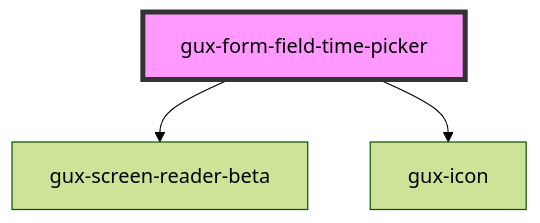
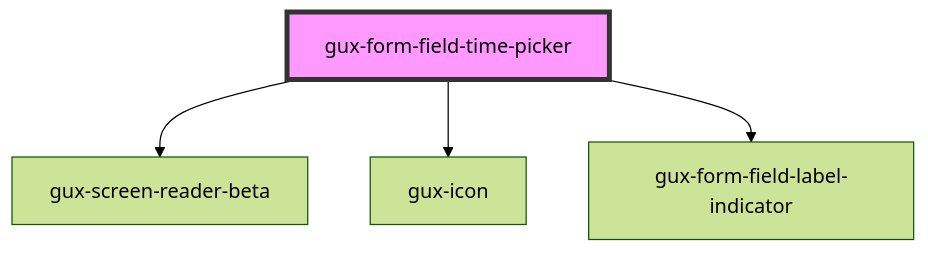
Before and after one commit to MyPureCloud/genesys-spark: the diagram in packages/genesys-spark-components/src/components/stable/gux-form-field/components/gux-form-field-time-picker/readme.md, drawn with Mermaid (forest theme). The commit also changed other lines of this file and 49 other files, not shown here.

First line of the commit message:
feat(other): Add form field optional indicator files

````diff
--- a/packages/genesys-spark-components/src/components/stable/gux-form-field/components/gux-form-field-time-picker/readme.md
+++ b/packages/genesys-spark-components/src/components/stable/gux-form-field/components/gux-form-field-time-picker/readme.md
@@ -33,6 +34,7 @@
 ```mermaid
 graph TD;
   gux-form-field-time-picker --> gux-screen-reader-beta
   gux-form-field-time-picker --> gux-icon
+  gux-form-field-time-picker --> gux-form-field-label-indicator
   style gux-form-field-time-picker fill:#f9f,stroke:#333,stroke-width:4px
 ```
````
